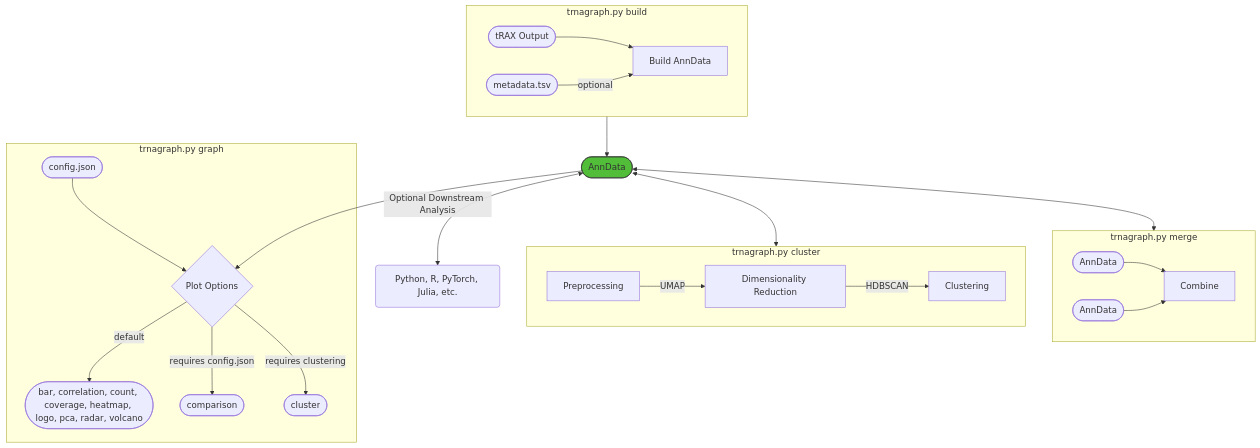
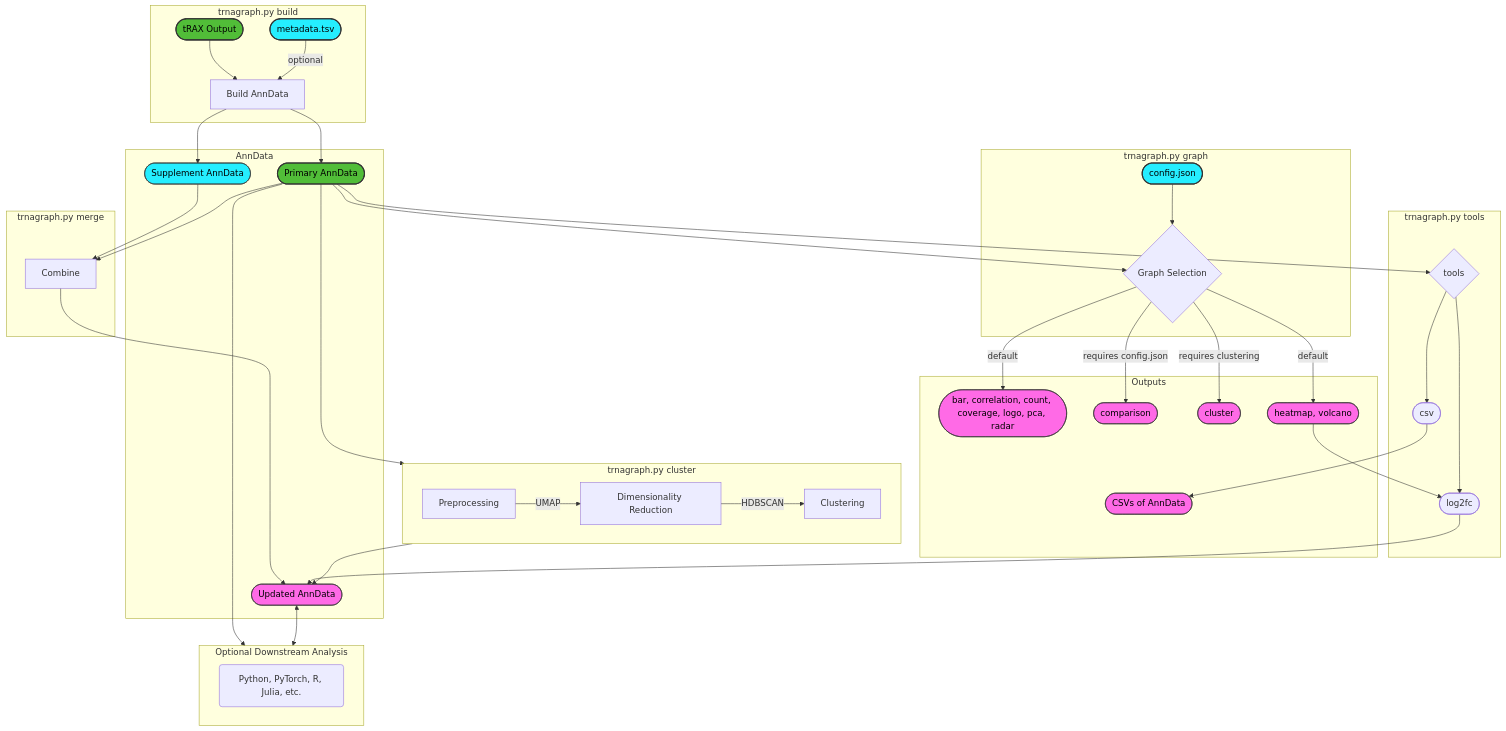
One commit to alba1735/tRNAgraph changed the diagram in README.md. Above: the diagram before and after it, drawn with Mermaid. The commit also changed other lines of this file and 2 other files, not shown here.

Commit message:
Added tools functions and updated readme to reflect functionality

````diff
--- a/README.md
+++ b/README.md
@@ -13,26 +13,63 @@
 ```mermaid
+    %%{ init: { 'flowchart': { 'curve': 'basis' } } }%%
     flowchart TD
       subgraph sg1 [trnagraph.py build]
         I1([tRAX Output]) --> B[Build AnnData]
         M([metadata.tsv]) -->|optional| B
       end
-      sg1 --> I2([AnnData])
-      I2 <-->|Optional Downstream Analysis| R(Python, R, PyTorch, Julia, etc.)
-      I2 <--> sg3
+      B --> I2
+      B --> I2.1
+      subgraph O [Outputs]
+        G1
+        G2
+        G3
+        G4
+        D([CSVs of AnnData])
+      end
+      subgraph sgI1 [AnnData]
+        I2([Primary AnnData])
+        I2.1([Supplement AnnData])
+        I2.2([Updated AnnData])
+      end
+      I2 --> sg3
       subgraph sg3 [trnagraph.py cluster]
-        C1[Preprocessing] -->|UMAP| C2[Dimensionality Reduction] -->|HDBSCAN| C3[Clustering] 
+        C1[Preprocessing] -->|UMAP| C2[Dimensionality Reduction] -->|HDBSCAN| C3[Clustering]
       end
-      I2 <--> sg4
+      sg3 --> I2.2
+      I2.1([Supplement AnnData]) --> C
+      I2 --> C
       subgraph sg4 [trnagraph.py merge]
-        I3([AnnData]) --> C[Combine]
-        I4([AnnData]) --> C
+        C[Combine]
       end
-      I2 --> G{Plot Options}
+      C --> I2.2
+      I2 --> G{Graph Selection}
+      subgraph sg5 [trnagraph.py tools]
+        T --> L([log2fc])
+        T --> D1([csv]) --> D
+      end
+      I2 --> T{tools}
       subgraph sg2 [trnagraph.py graph]
-        G -->|default| G1([bar, correlation, count, coverage, heatmap, logo, pca, radar, volcano])
+        G -->|default| G1([bar, correlation, count, coverage, logo, pca, radar])
+        G -->|default| G4([heatmap, volcano]) --> L([log2fc]) --> I2.2
         G -->|requires config.json| G2([comparison])
         G -->|requires clustering| G3([cluster])
         J([config.json]) --> G 
       end
-      style I2 fill:#51BD38,stroke:#333
+      subgraph sg1.2 [Optional Downstream Analysis]
+        direction LR
+        R1(Python, PyTorch, R, Julia, etc.)
+      end
+      I2 --> sg1.2
+      I2.2 <--> sg1.2
+      style I1 fill:#51BD38,stroke:#333,stroke-width:2px,color:#000000
+      style M fill:#25EEFF,stroke:#333,stroke-width:2px,color:#000000
+      style J fill:#25EEFF,stroke:#333,stroke-width:2px,color:#000000
+      style D fill:#FF6AE6,stroke:#333,color:#000000
+      style G1 fill:#FF6AE6,stroke:#333,color:#000000
+      style G2 fill:#FF6AE6,stroke:#333,color:#000000
+      style G3 fill:#FF6AE6,stroke:#333,color:#000000
+      style G4 fill:#FF6AE6,stroke:#333,color:#000000
+      style I2 fill:#51BD38,stroke:#333,stroke-width:2px,color:#000000
+      style I2.1 fill:#25EEFF,stroke:#333,color:#000000
+      style I2.2 fill:#FF6AE6,stroke:#333,color:#000000
 ```
````
